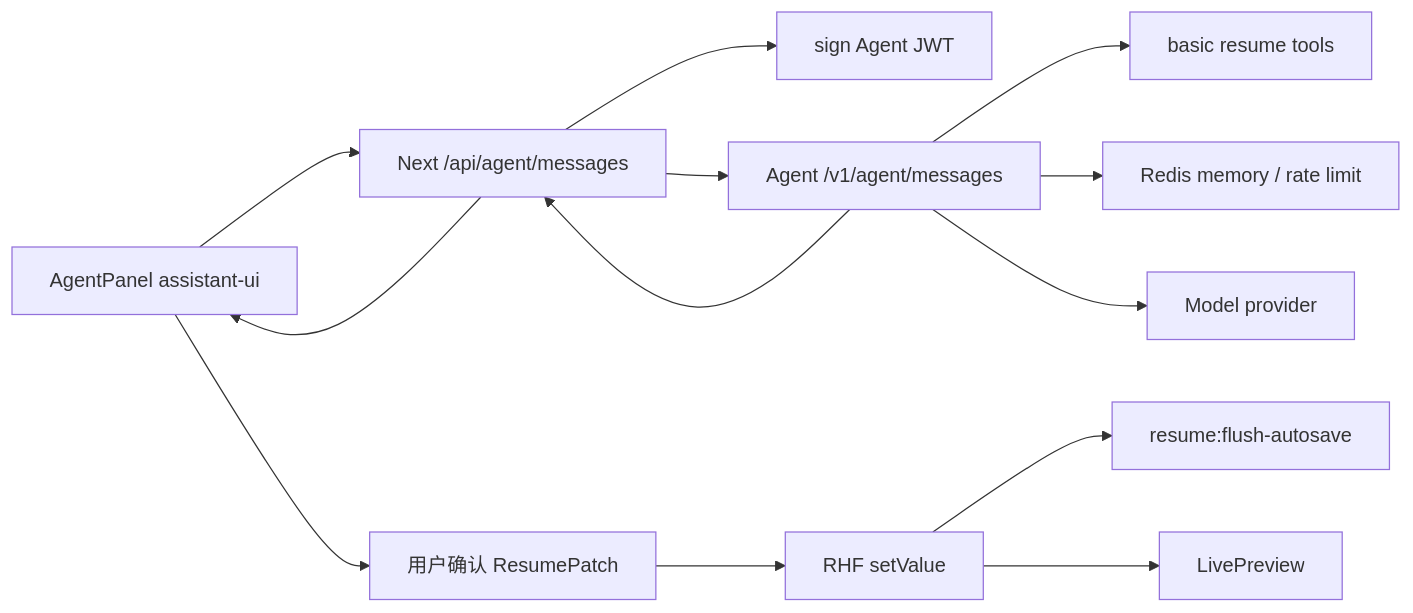
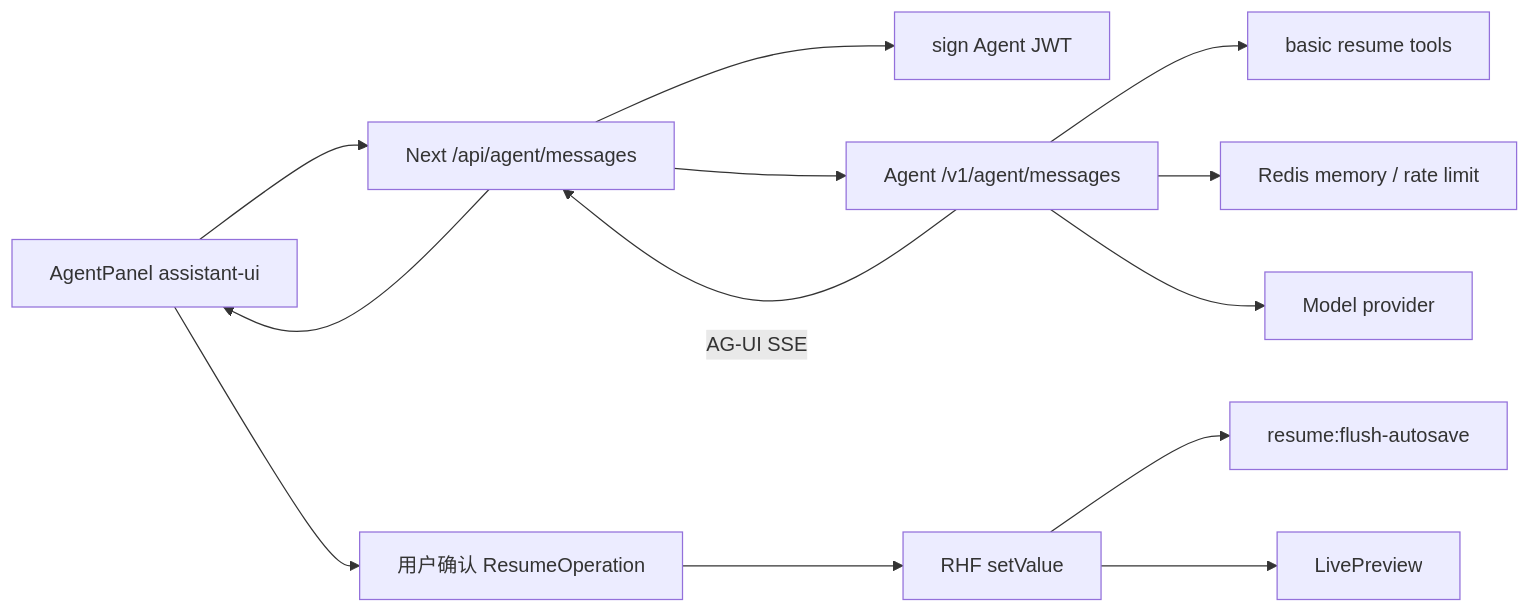
One commit to Rory-X/intro-builder changed the second of 2 diagrams in docs/agent/frontend-integration.md. Above: the diagram before and after it, drawn with Mermaid. The commit also changed other lines of this file and 35 other files, not shown here.

````diff
--- a/docs/agent/frontend-integration.md
+++ b/docs/agent/frontend-integration.md
@@ -158,15 +158,15 @@
 ```mermaid
 flowchart LR
   Panel["AgentPanel assistant-ui"] --> WebRoute["Next /api/agent/messages"]
   WebRoute --> Token["sign Agent JWT"]
   WebRoute --> Agent["Agent /v1/agent/messages"]
   Agent --> Tools["basic resume tools"]
   Agent --> Redis["Redis memory / rate limit"]
   Agent --> Model["Model provider"]
-  Agent --> WebRoute
+  Agent -- "AG-UI SSE" --> WebRoute
   WebRoute --> Panel
-  Panel --> Confirm["用户确认 ResumePatch"]
+  Panel --> Confirm["用户确认 ResumeOperation"]
   Confirm --> RHF["RHF setValue"]
   RHF --> Autosave["resume:flush-autosave"]
   RHF --> Preview["LivePreview"]
 ```
````
